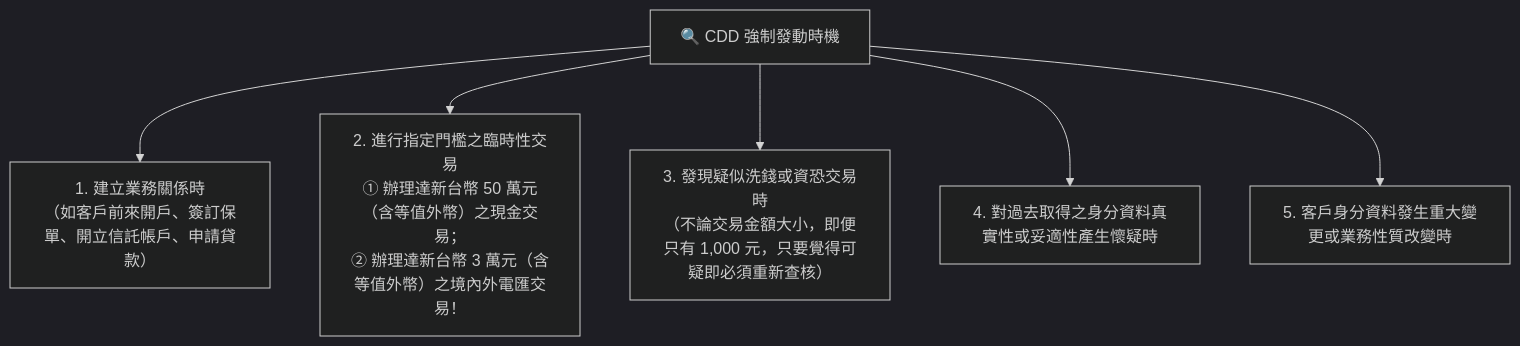
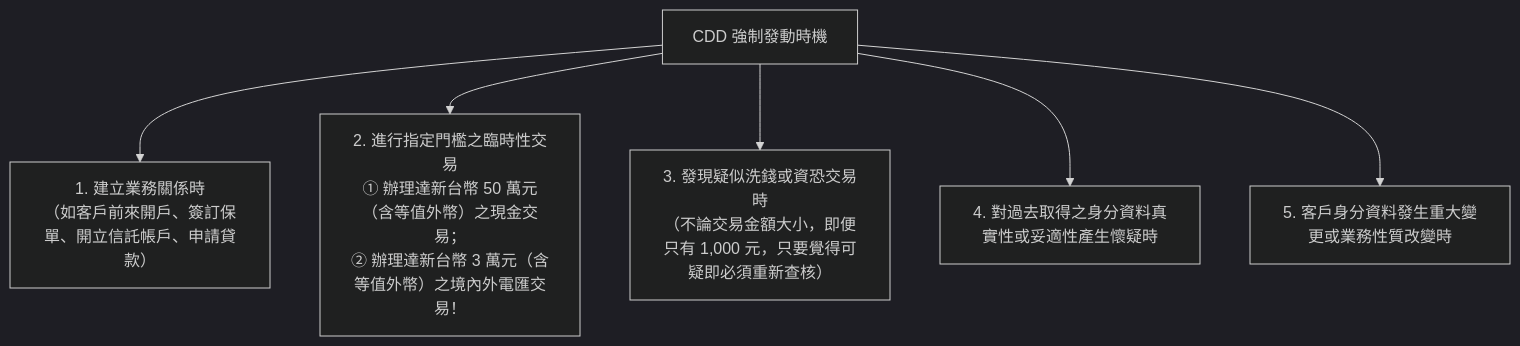
One commit to ehackerevan/exam-study-platform changed the diagram in 教材/防制洗錢與打擊資恐重點教材/02_客戶審查(CDD)與實質受益人辨識攻略.md. Above: the diagram before and after it, drawn with Mermaid (dark theme). The commit also changed other lines of this file and 34 other files, not shown here.

Commit message:
feat: add frequency charts and refine study materials

````diff
--- a/教材/防制洗錢與打擊資恐重點教材/02_客戶審查(CDD)與實質受益人辨識攻略.md
+++ b/教材/防制洗錢與打擊資恐重點教材/02_客戶審查(CDD)與實質受益人辨識攻略.md
@@ -22,9 +22,9 @@
 ```mermaid
 graph TD
-    A["🔍 CDD 強制發動時機"]
+    A[" CDD 強制發動時機"]
     A --> B["1. 建立業務關係時<br/>（如客戶前來開戶、簽訂保單、開立信託帳戶、申請貸款）"]
     A --> C["2. 進行指定門檻之臨時性交易<br/>① 辦理達新台幣 50 萬元（含等值外幣）之現金交易；<br/>② 辦理達新台幣 3 萬元（含等值外幣）之境內外電匯交易！"]
     A --> D["3. 發現疑似洗錢或資恐交易時<br/>（不論交易金額大小，即便只有 1,000 元，只要覺得可疑即必須重新查核）"]
     A --> E["4. 對過去取得之身分資料真實性或妥適性產生懷疑時"]
     A --> F["5. 客戶身分資料發生重大變更或業務性質改變時"]
 ```
````
